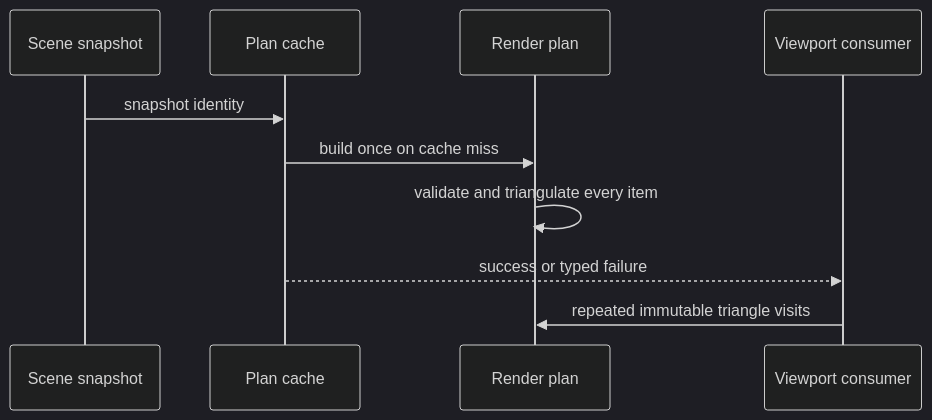
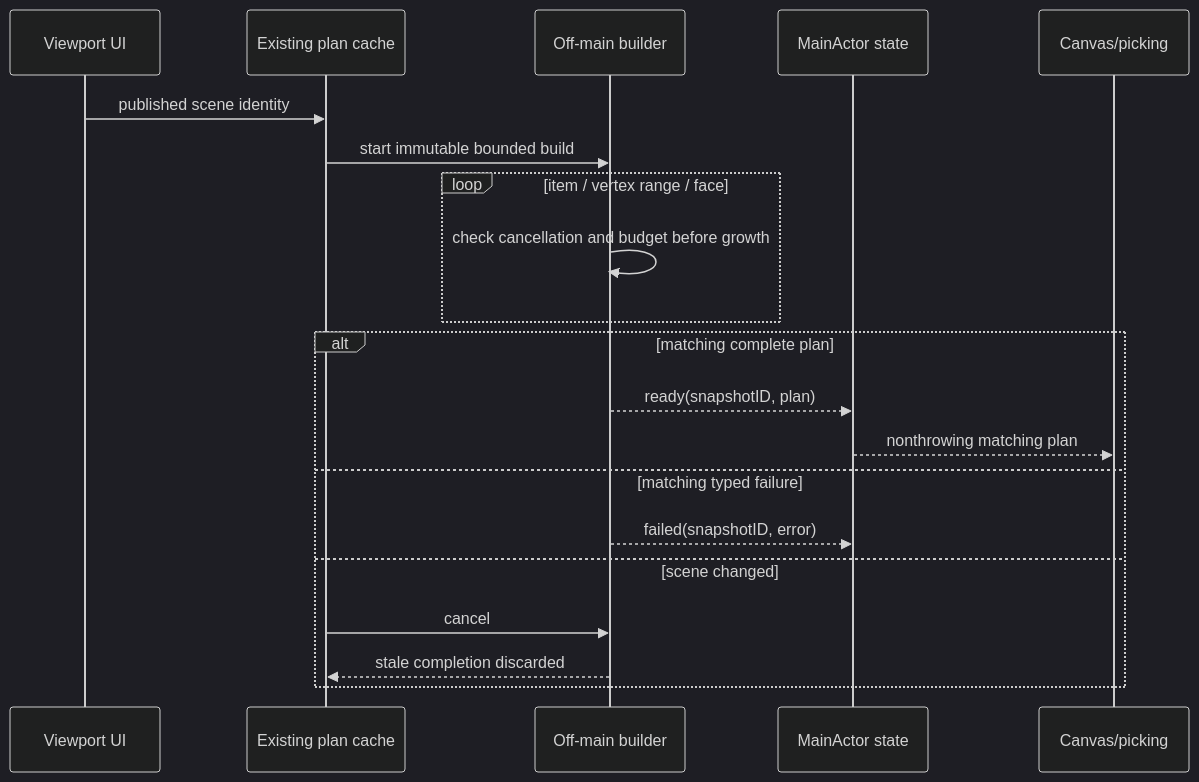
Before and after one commit to 1amageek/Rupa: the second of 2 diagrams in RupaKit/Sources/RupaRendering/DESIGN.md, drawn with Mermaid (dark theme). The commit also changed other lines of this file and 13 other files, not shown here.

````diff
--- a/RupaKit/Sources/RupaRendering/DESIGN.md
+++ b/RupaKit/Sources/RupaRendering/DESIGN.md
@@ -102,12 +107,22 @@
 ```mermaid
 sequenceDiagram
-    participant S as Scene snapshot
-    participant C as Plan cache
-    participant P as Render plan
-    participant V as Viewport consumer
-    S->>C: snapshot identity
-    C->>P: build once on cache miss
-    P->>P: validate and triangulate every item
-    C-->>V: success or typed failure
-    V->>P: repeated immutable triangle visits
+    participant U as Viewport UI
+    participant C as Existing plan cache
+    participant B as Off-main builder
+    participant M as MainActor state
+    participant V as Canvas/picking
+    U->>C: published scene identity
+    C->>B: start immutable bounded build
+    loop item / vertex range / face
+        B->>B: check cancellation and budget before growth
+    end
+    alt matching complete plan
+        B-->>M: ready(snapshotID, plan)
+        M-->>V: nonthrowing matching plan
+    else matching typed failure
+        B-->>M: failed(snapshotID, error)
+    else scene changed
+        C->>B: cancel
+        B-->>C: stale completion discarded
+    end
 ```
````
